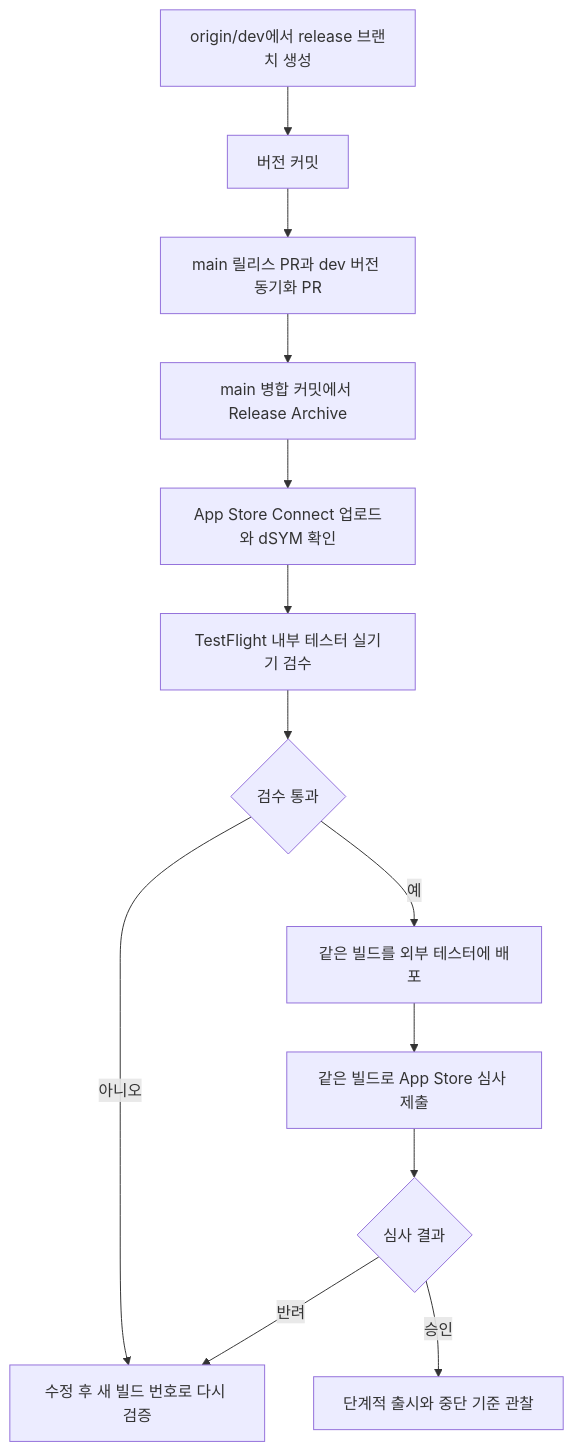
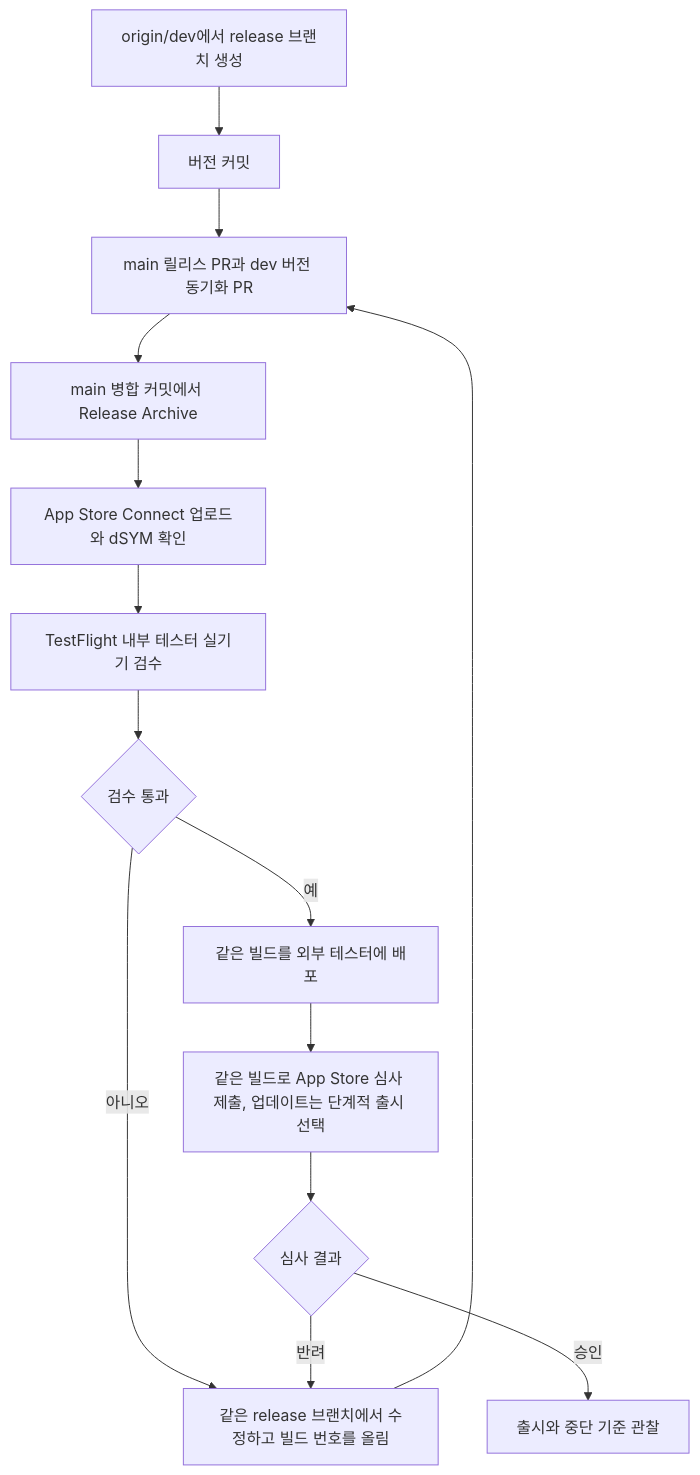
Before and after one commit to KIM-N-KANG/knk-harness: the diagram in docs/platform/CLIENT/IOS/5-DEPLOYMENT.md, drawn with Mermaid. The commit also changed other lines of this file and 46 other files, not shown here.

````diff
--- a/docs/platform/CLIENT/IOS/5-DEPLOYMENT.md
+++ b/docs/platform/CLIENT/IOS/5-DEPLOYMENT.md
@@ -61,15 +61,16 @@
 ```mermaid
 flowchart TD
     A["origin/dev에서 release 브랜치 생성"] --> B["버전 커밋"]
     B --> C["main 릴리스 PR과 dev 버전 동기화 PR"]
     C --> D["main 병합 커밋에서 Release Archive"]
     D --> E["App Store Connect 업로드와 dSYM 확인"]
     E --> F["TestFlight 내부 테스터 실기기 검수"]
     F --> G{"검수 통과"}
-    G -->|아니오| X["수정 후 새 빌드 번호로 다시 검증"]
+    G -->|아니오| X["같은 release 브랜치에서 수정하고 빌드 번호를 올림"]
+    X --> C
     G -->|예| H["같은 빌드를 외부 테스터에 배포"]
-    H --> I["같은 빌드로 App Store 심사 제출"]
+    H --> I["같은 빌드로 App Store 심사 제출, 업데이트는 단계적 출시 선택"]
     I --> J{"심사 결과"}
     J -->|반려| X
-    J -->|승인| K["단계적 출시와 중단 기준 관찰"]
+    J -->|승인| K["출시와 중단 기준 관찰"]
 ```
````
